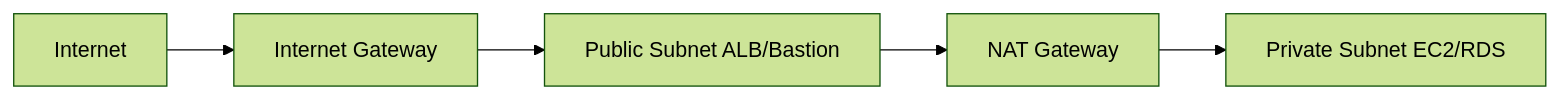
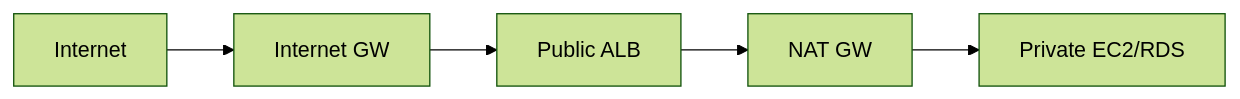
The second of 9 diagrams in _posts/cloud/2026-05-03-aws-core-services.md (yjkim2015/yjkim2015.github.io), drawn with Mermaid (forest theme) before and after one commit. The commit also changed other lines of this file and 132 other files, not shown here.

First line of the commit message:
Mermaid 다이어그램 가독성 정리: 단순 제거, 노드 축소, TD→LR 변환

````diff
--- a/_posts/cloud/2026-05-03-aws-core-services.md
+++ b/_posts/cloud/2026-05-03-aws-core-services.md
@@ -50,7 +50,7 @@
 ```mermaid
 graph LR
-    I[Internet] --> IGW[Internet Gateway]
-    IGW --> PS[Public Subnet ALB/Bastion]
-    PS --> NGW[NAT Gateway]
-    NGW --> PVS[Private Subnet EC2/RDS]
+    I[Internet] --> IGW[Internet GW]
+    IGW --> PS[Public ALB]
+    PS --> NGW[NAT GW]
+    NGW --> PVS[Private EC2/RDS]
 ```
````
